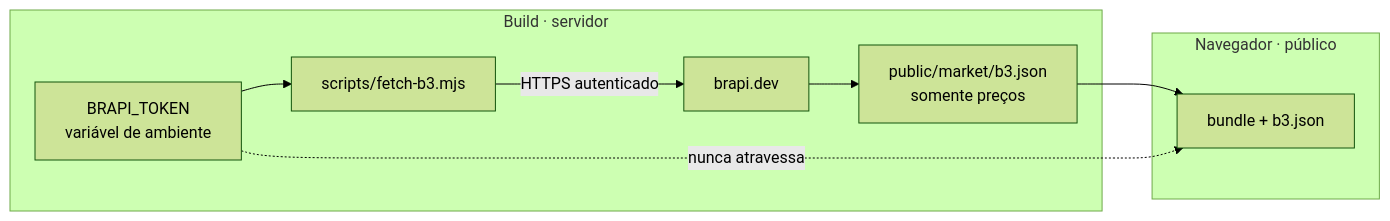
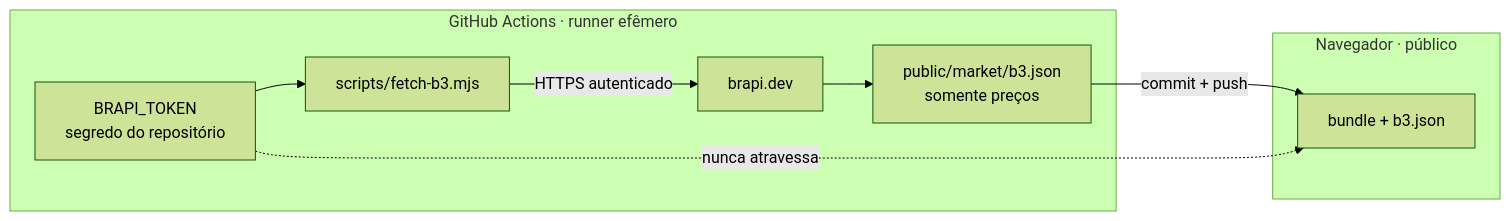
One commit to cielioqueiroz/calculadora-investimentos changed the fourth of 5 diagrams in README.md. Above: the diagram before and after it, drawn with Mermaid (forest theme). The commit also changed other lines of this file and 8 other files, not shown here.

````diff
--- a/README.md
+++ b/README.md
@@ -216,13 +216,13 @@
 ```mermaid
 flowchart LR
-    subgraph build["Build · servidor"]
-        T["BRAPI_TOKEN<br/>variável de ambiente"] --> S["scripts/fetch-b3.mjs"]
+    subgraph ci["GitHub Actions · runner efêmero"]
+        T["BRAPI_TOKEN<br/>segredo do repositório"] --> S["scripts/fetch-b3.mjs"]
         S -->|"HTTPS autenticado"| API["brapi.dev"]
         API --> J["public/market/b3.json<br/>somente preços"]
     end
     subgraph client["Navegador · público"]
         B["bundle + b3.json"]
     end
-    J --> B
+    J -->|"commit + push"| B
     T -.->|"nunca atravessa"| B
 ```
````
